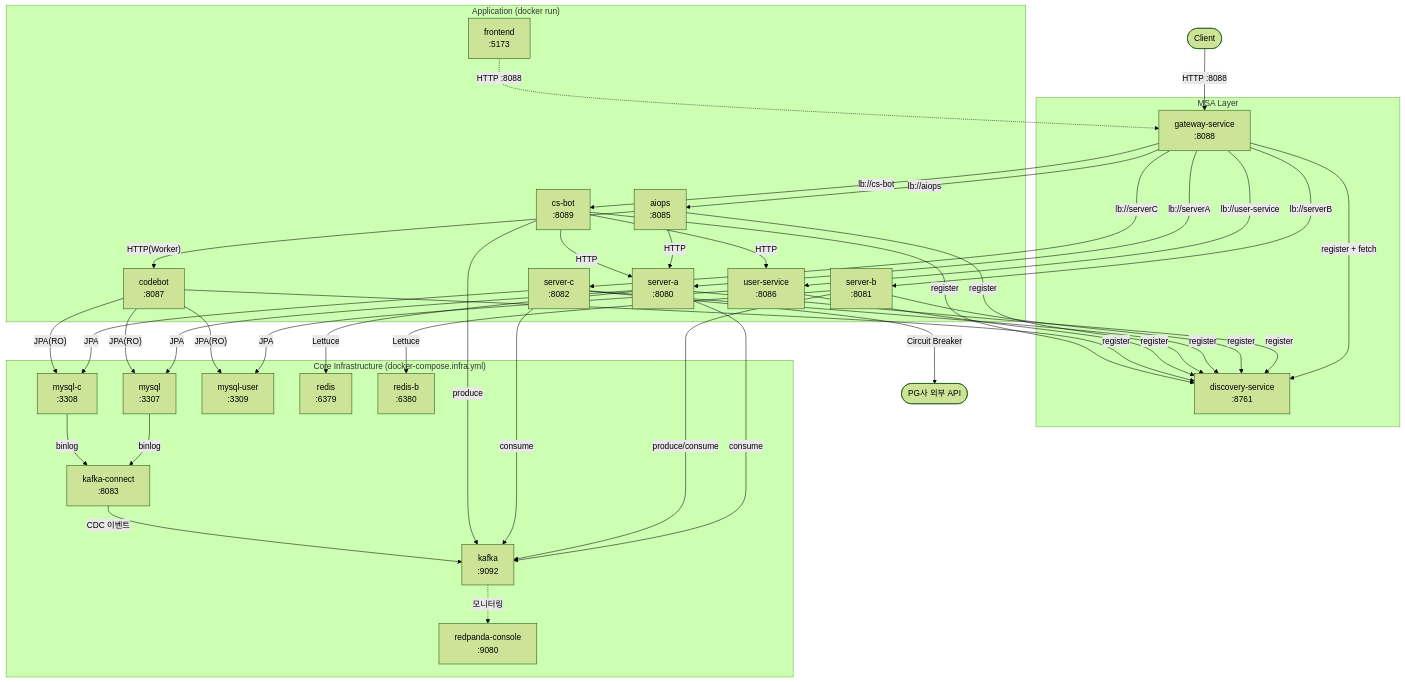
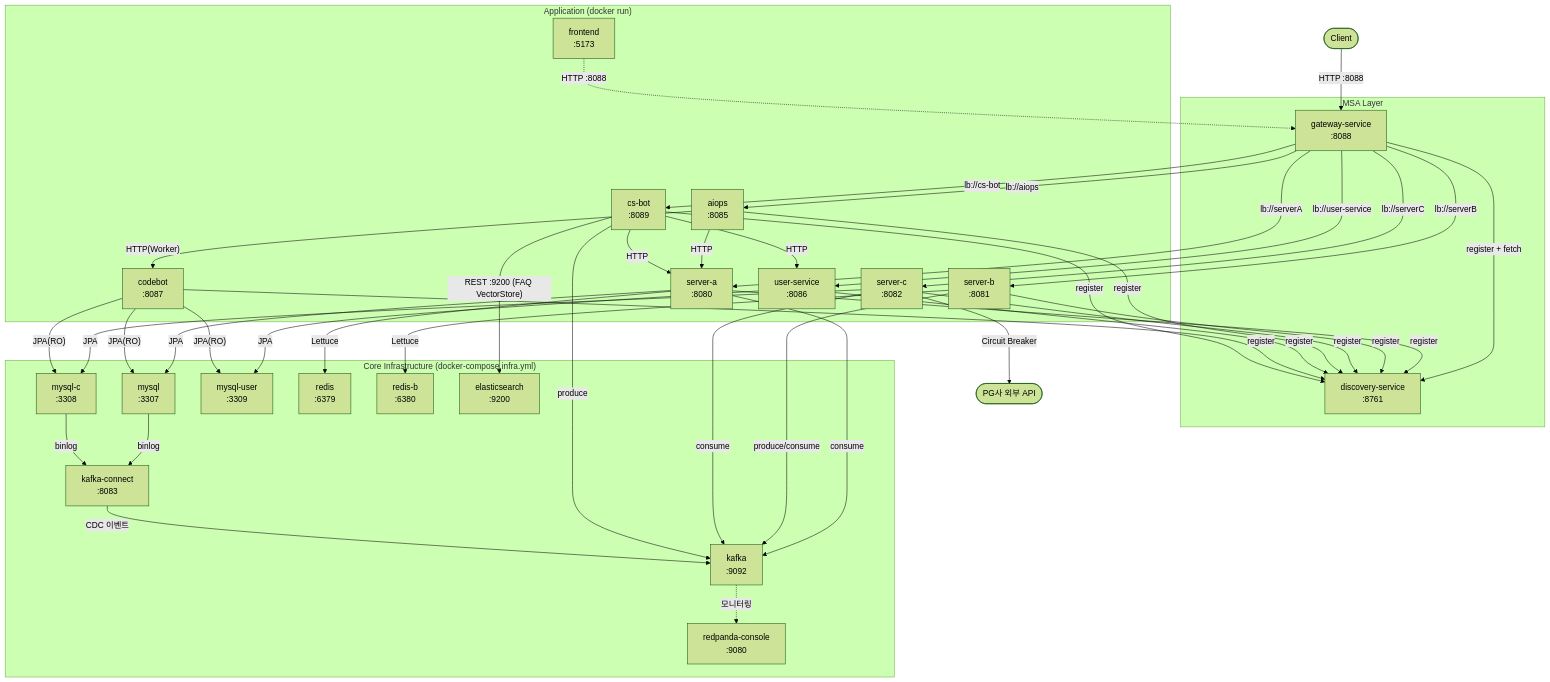
Before and after one commit to michi2012/goods-promotion-project: the first of 3 diagrams in docs/infra-diagram.md, drawn with Mermaid (forest theme). The commit also changed other lines of this file and 28 other files, not shown here.

```diff
--- a/docs/infra-diagram.md
+++ b/docs/infra-diagram.md
@@ -32,6 +32,7 @@
         Kafka["kafka\n:9092"]
         KC["kafka-connect\n:8083"]
         RP["redpanda-console\n:9080"]
+        ES["elasticsearch\n:9200"]
     end
 
     PG(["PG사 외부 API"])
@@ -74,6 +75,7 @@
     CS -->|"HTTP"| A
     CS -->|"HTTP"| US
     CS -->|"produce"| Kafka
+    CS -->|"REST :9200 (FAQ VectorStore)"| ES
     FE -.->|"HTTP :8088"| GW
 
     %% Debezium CDC
```
